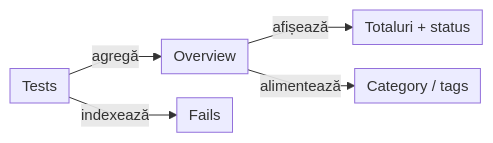
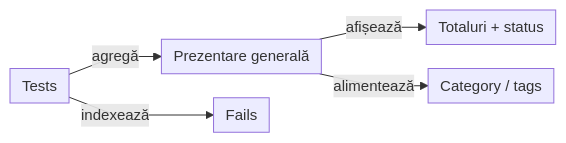
The eighth of 11 diagrams in docs/ATF_Reporting_Contract.md (crististefanita/atf_j0), drawn with Mermaid before and after one commit. The commit also changed other lines of this file and 113 other files, not shown here.

````diff
--- a/docs/ATF_Reporting_Contract.md
+++ b/docs/ATF_Reporting_Contract.md
@@ -718,8 +597,8 @@
 ```mermaid
 %%{init: {"themeVariables":{"fontSize":"15px"},"themeCSS":".nodeLabel, .nodeLabel p { font-size: 15px !important; line-height: 1.35 !important; } .edgeLabel, .edgeLabel p { font-size: 12px !important; font-weight: 400 !important; line-height: 1.2 !important; } .edgeLabel .labelBkg, .edgeLabel p { background: transparent !important; } .edgeLabel foreignObject { transform: translateY(-18px); overflow: visible; } .node rect { rx: 6px; ry: 6px; }","flowchart":{"curve":"linear","nodeSpacing":24,"rankSpacing":24,"padding":6,"diagramPadding":20}}}%%
 flowchart LR
-    Tests["Tests"] -->|agregă| Overview["Overview"]
+    Tests["Tests"] -->|agregă| Overview["Prezentare generală"]
     Overview -->|afișează| Counts["Totaluri + status"]
     Overview -->|alimentează| Navigation["Category / tags"]
     Tests -->|indexează| Fails["Fails"]
 ```
````
